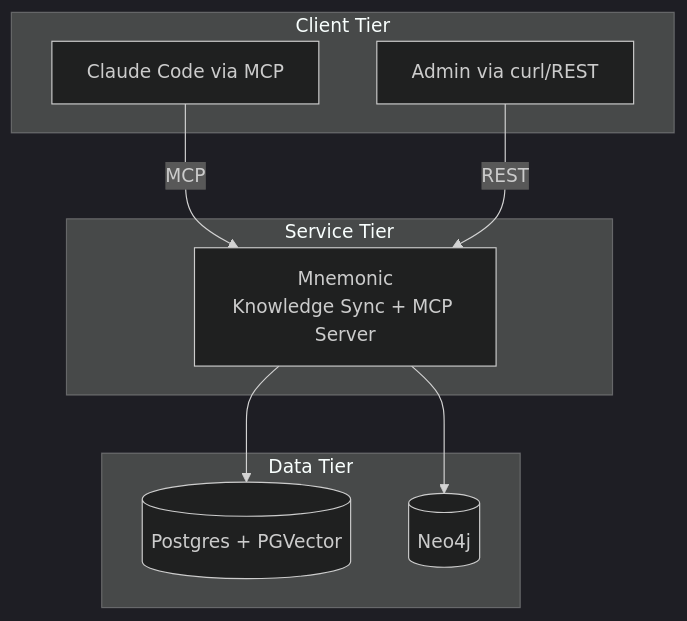
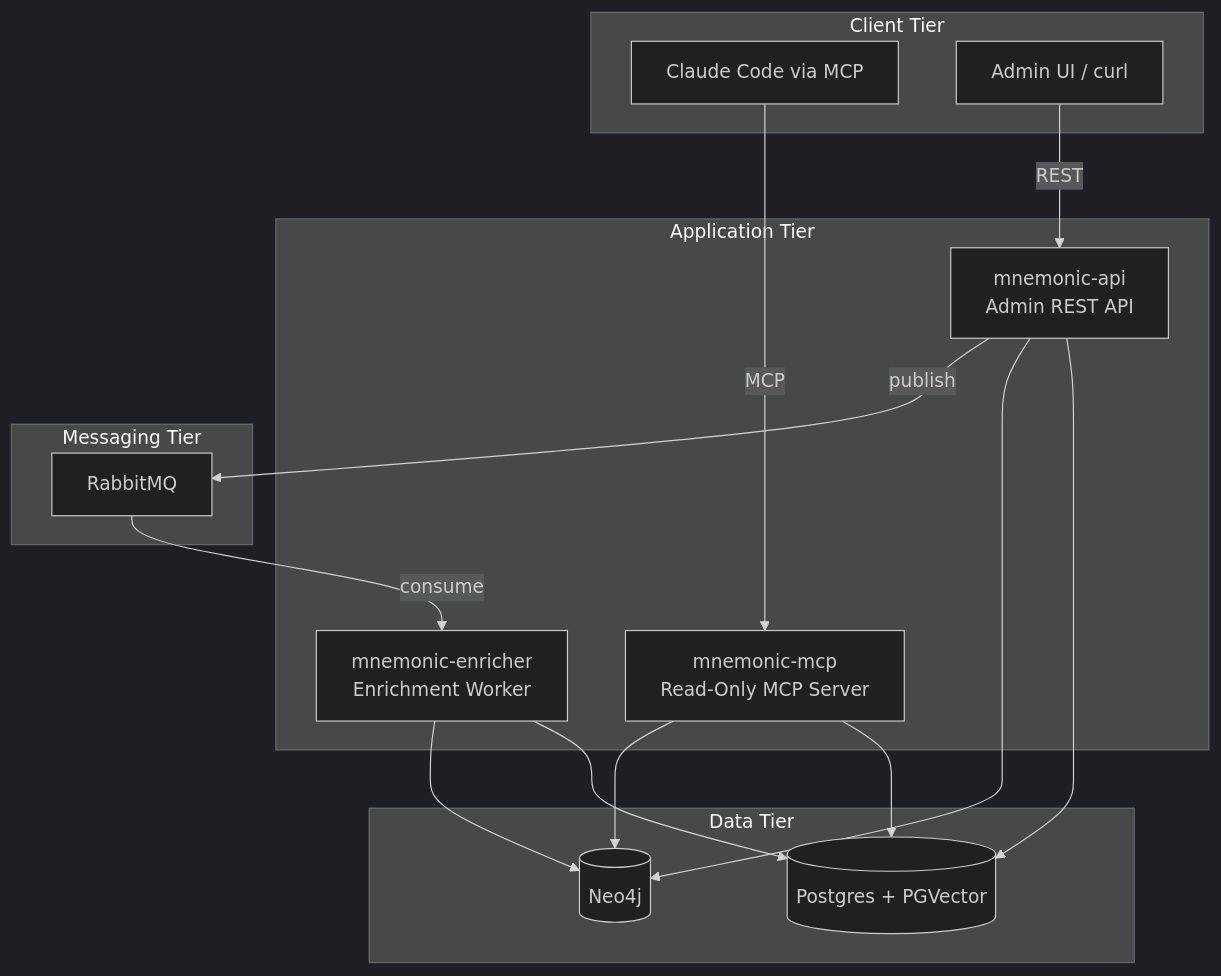
Before and after one commit to twistingmercury/mnemonic-docs: the second of 5 diagrams in docs/architecture/system/06-deployment-architecture.md, drawn with Mermaid (dark theme). The commit also changed other lines of this file, not shown here.

Commit message:
docs: rewrite deployment architecture for MVP 2 multi-service topology

````diff
--- a/docs/architecture/system/06-deployment-architecture.md
+++ b/docs/architecture/system/06-deployment-architecture.md
@@ -62,21 +73,33 @@
 ```mermaid
 graph TB
     subgraph "Client Tier"
         CC[Claude Code via MCP]
-        ADMIN[Admin via curl/REST]
+        ADMIN[Admin UI / curl]
     end
 
-    subgraph "Service Tier"
-        MN[Mnemonic<br/>Knowledge Sync + MCP Server]
+    subgraph "Application Tier"
+        MCP[mnemonic-mcp<br/>Read-Only MCP Server]
+        API[mnemonic-api<br/>Admin REST API]
+        ENRICHER[mnemonic-enricher<br/>Enrichment Worker]
+    end
+
+    subgraph "Messaging Tier"
+        RMQ[RabbitMQ]
     end
 
     subgraph "Data Tier"
         PG[(Postgres + PGVector)]
         NEO[(Neo4j)]
     end
 
-    CC -->|"MCP"| MN
-    ADMIN -->|"REST"| MN
-    MN --> PG
-    MN --> NEO
+    CC -->|"MCP"| MCP
+    ADMIN -->|"REST"| API
+    MCP --> PG
+    MCP --> NEO
+    API --> PG
+    API --> NEO
+    API -->|"publish"| RMQ
+    RMQ -->|"consume"| ENRICHER
+    ENRICHER --> PG
+    ENRICHER --> NEO
 ```
````
